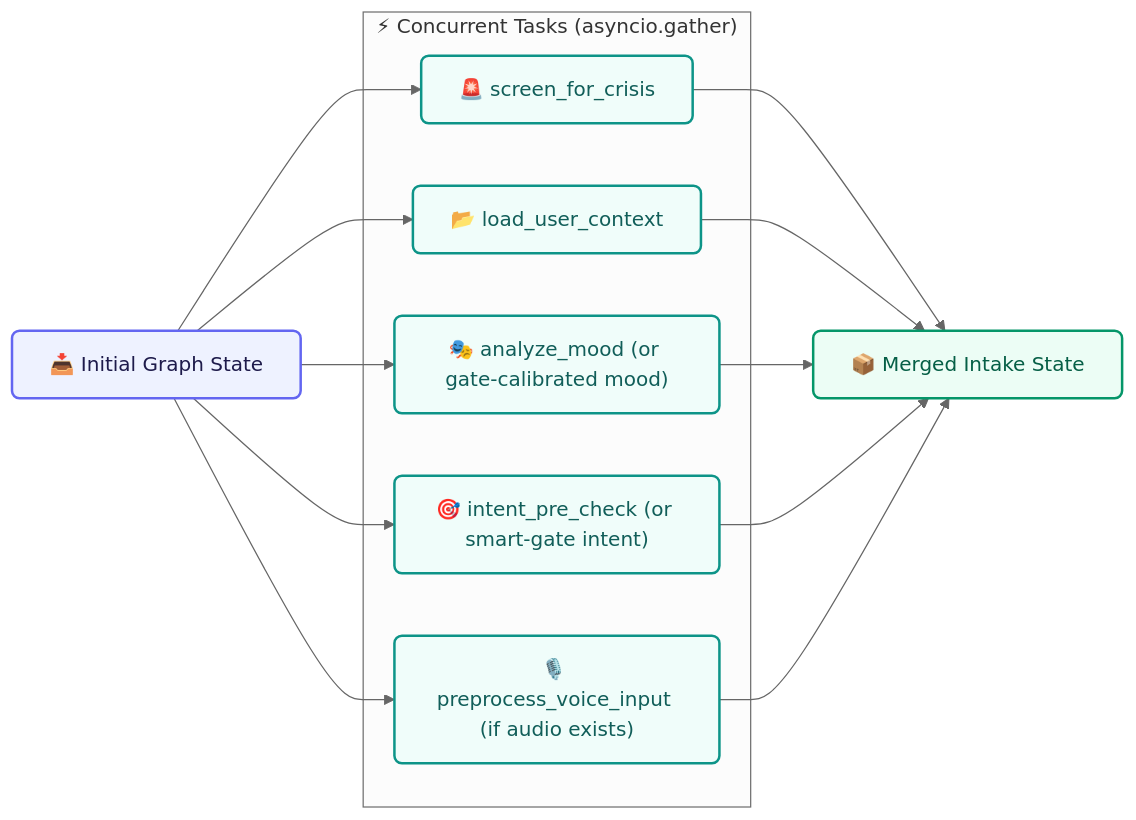
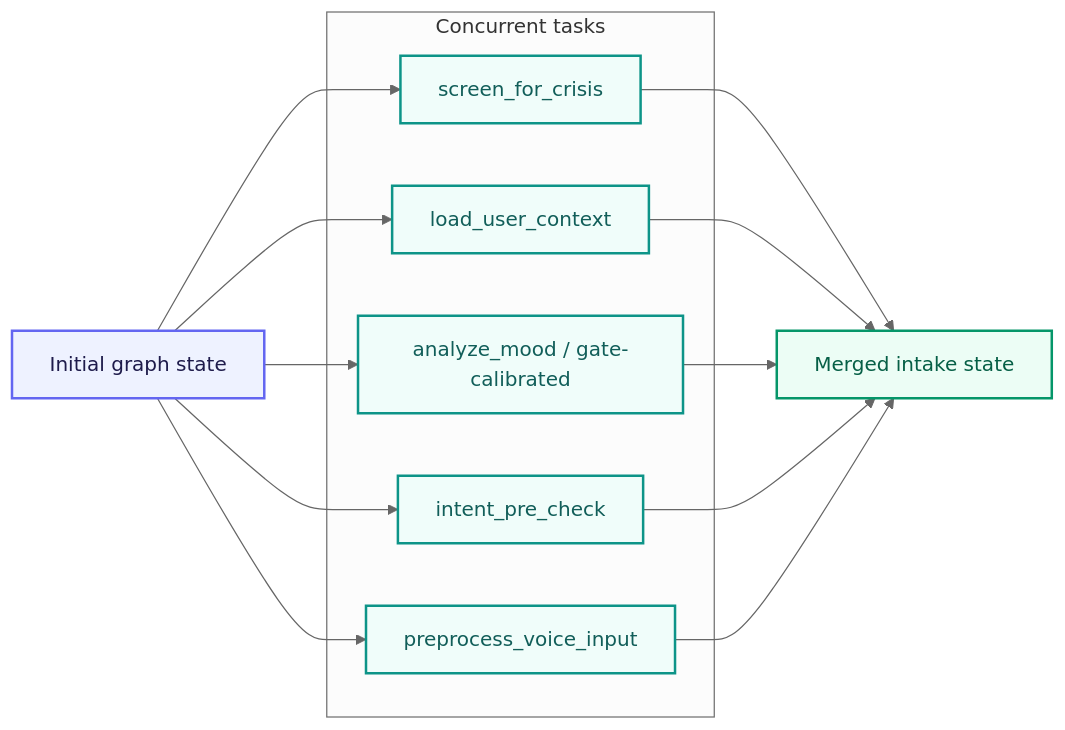
One commit to taha-mehmood-03/Personlaized-Trainer-Using-Agentic-AI changed the sixth of 20 diagrams in README.md. Above: the diagram before and after it, drawn with Mermaid (neutral theme). The commit also changed other lines of this file, not shown here.

````diff
--- a/README.md
+++ b/README.md
@@ -433,30 +478,25 @@
 ```mermaid
 flowchart LR
-    %% Class Definitions
-    classDef state fill:#EEF2FF,stroke:#6366F1,stroke-width:2px,color:#1E1B4B,rx:6px,ry:6px;
-    classDef node fill:#F0FDFA,stroke:#0D9488,stroke-width:2px,color:#115E59,rx:6px,ry:6px;
-    classDef merge fill:#ECFDF5,stroke:#059669,stroke-width:2px,color:#065F46,rx:6px,ry:6px;
+    classDef state fill:#EEF2FF,stroke:#6366F1,stroke-width:2px,color:#1E1B4B;
+    classDef node fill:#F0FDFA,stroke:#0D9488,stroke-width:2px,color:#115E59;
+    classDef merge fill:#ECFDF5,stroke:#059669,stroke-width:2px,color:#065F46;
 
-    State["📥 Initial Graph State"]:::state
-    
-    subgraph ParallelIntake["⚡ Concurrent Tasks (asyncio.gather)"]
-        Crisis["🚨 screen_for_crisis"]:::node
-        Context["📂 load_user_context"]:::node
-        Mood["🎭 analyze_mood (or gate-calibrated mood)"]:::node
-        Intent["🎯 intent_pre_check (or smart-gate intent)"]:::node
-        Voice["🎙️ preprocess_voice_input (if audio exists)"]:::node
+    State["Initial graph state"]:::state
+
+    subgraph Concurrent["Concurrent tasks"]
+        Crisis["screen_for_crisis"]:::node
+        Context["load_user_context"]:::node
+        Mood["analyze_mood / gate-calibrated"]:::node
+        Intent["intent_pre_check"]:::node
+        Voice["preprocess_voice_input"]:::node
     end
-    
-    Merge["📦 Merged Intake State"]:::merge
 
-    State --> Crisis
-    State --> Context
-    State --> Mood
-    State --> Intent
-    State --> Voice
+    Merge["Merged intake state"]:::merge
+
+    State --> Crisis & Context & Mood & Intent & Voice
     Crisis --> Merge
     Context --> Merge
     Mood --> Merge
     Intent --> Merge
     Voice --> Merge
 ```
````
